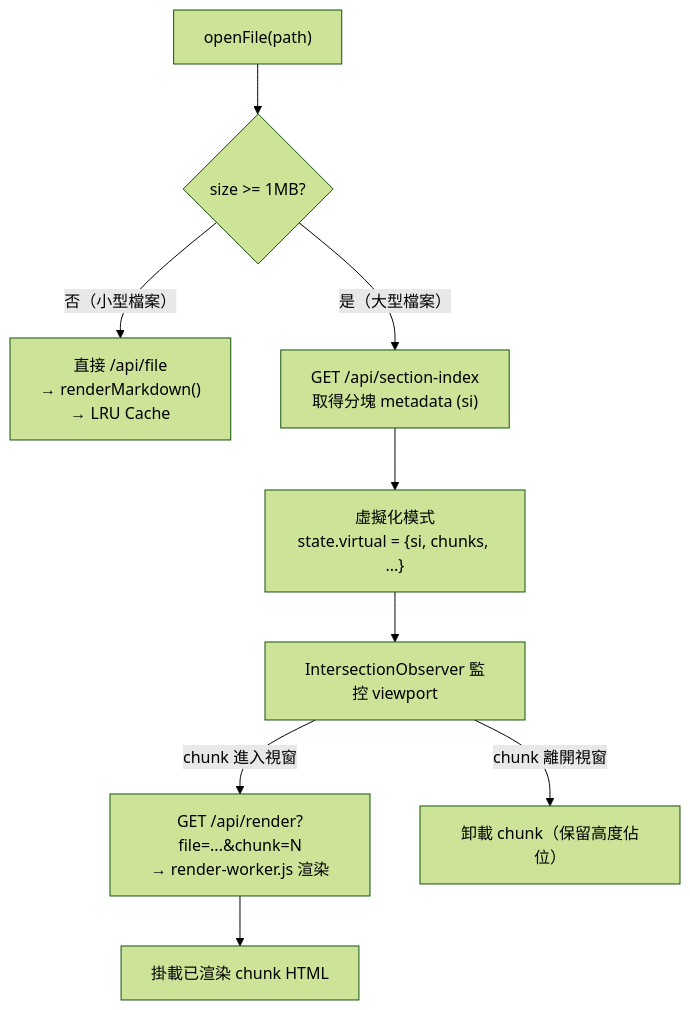
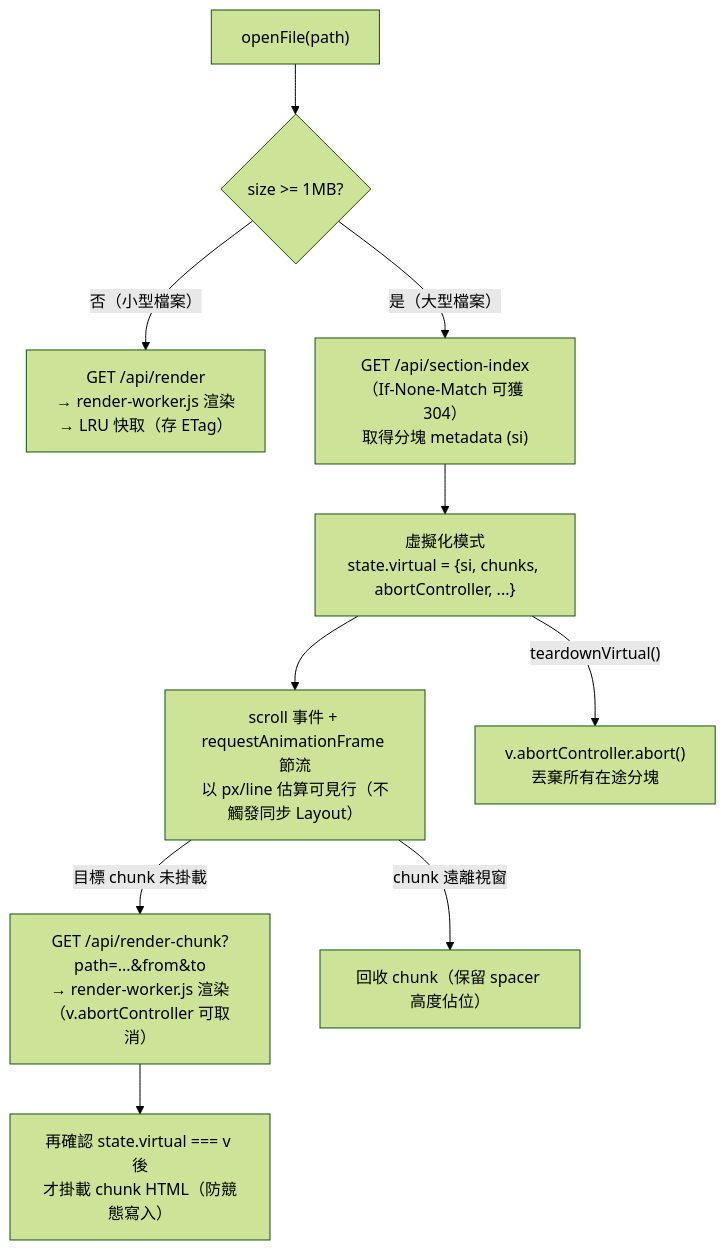
One commit to jmedzen/mdWebview changed the sixth of 11 diagrams in ARCHITECTURE.md. Above: the diagram before and after it, drawn with Mermaid (forest theme). The commit also changed other lines of this file and 15 other files, not shown here.

````diff
--- a/ARCHITECTURE.md
+++ b/ARCHITECTURE.md
@@ -200,11 +200,12 @@
 ```mermaid
 flowchart TD
     Open["openFile(path)"] --> SizeCheck{"size >= 1MB?"}
-    SizeCheck -- "否（小型檔案）" --> DirectRender["直接 /api/file\n→ renderMarkdown()\n→ LRU Cache"]
-    SizeCheck -- "是（大型檔案）" --> SectionIndex["GET /api/section-index\n取得分塊 metadata (si)"]
-    SectionIndex --> VirtualMode["虛擬化模式\nstate.virtual = {si, chunks, ...}"]
-    VirtualMode --> Viewport["IntersectionObserver 監控 viewport"]
-    Viewport -- "chunk 進入視窗" --> ChunkRender["GET /api/render?file=...&chunk=N\n→ render-worker.js 渲染"]
-    ChunkRender --> MountChunk["掛載已渲染 chunk HTML"]
-    Viewport -- "chunk 離開視窗" --> UnmountChunk["卸載 chunk（保留高度佔位）"]
+    SizeCheck -- "否（小型檔案）" --> DirectRender["GET /api/render\n→ render-worker.js 渲染\n→ LRU 快取（存 ETag）"]
+    SizeCheck -- "是（大型檔案）" --> SectionIndex["GET /api/section-index\n（If-None-Match 可獲 304）\n取得分塊 metadata (si)"]
+    SectionIndex --> VirtualMode["虛擬化模式\nstate.virtual = {si, chunks, abortController, ...}"]
+    VirtualMode --> Viewport["scroll 事件 + requestAnimationFrame 節流\n以 px/line 估算可見行（不觸發同步 Layout）"]
+    Viewport -- "目標 chunk 未掛載" --> ChunkRender["GET /api/render-chunk?path=...&from&to\n→ render-worker.js 渲染（v.abortController 可取消）"]
+    ChunkRender --> MountChunk["再確認 state.virtual === v 後\n才掛載 chunk HTML（防競態寫入）"]
+    Viewport -- "chunk 遠離視窗" --> UnmountChunk["回收 chunk（保留 spacer 高度佔位）"]
+    VirtualMode -- "teardownVirtual()" --> Abort["v.abortController.abort()\n丟棄所有在途分塊"]
 ```
````
